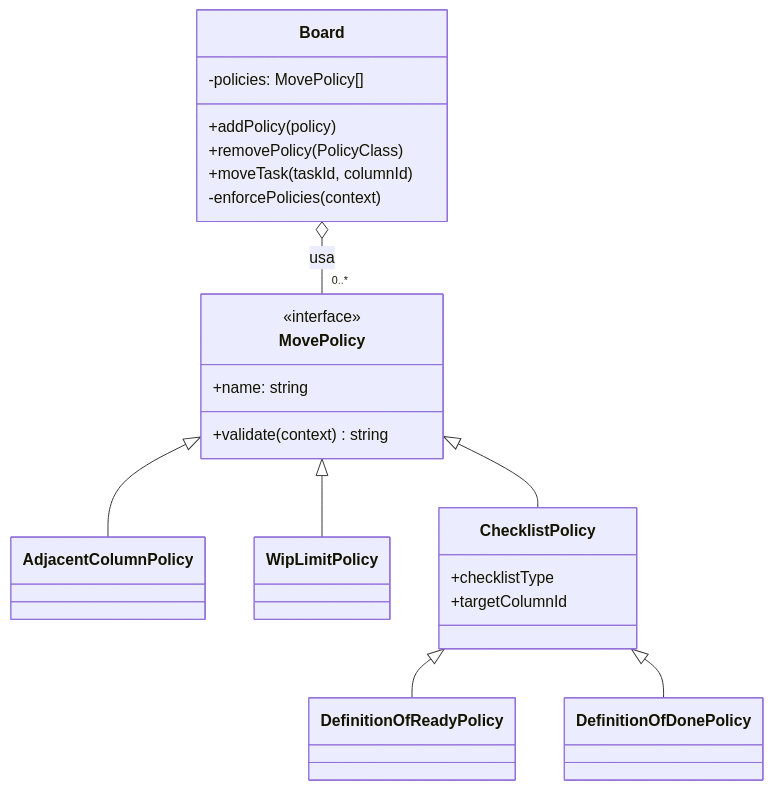
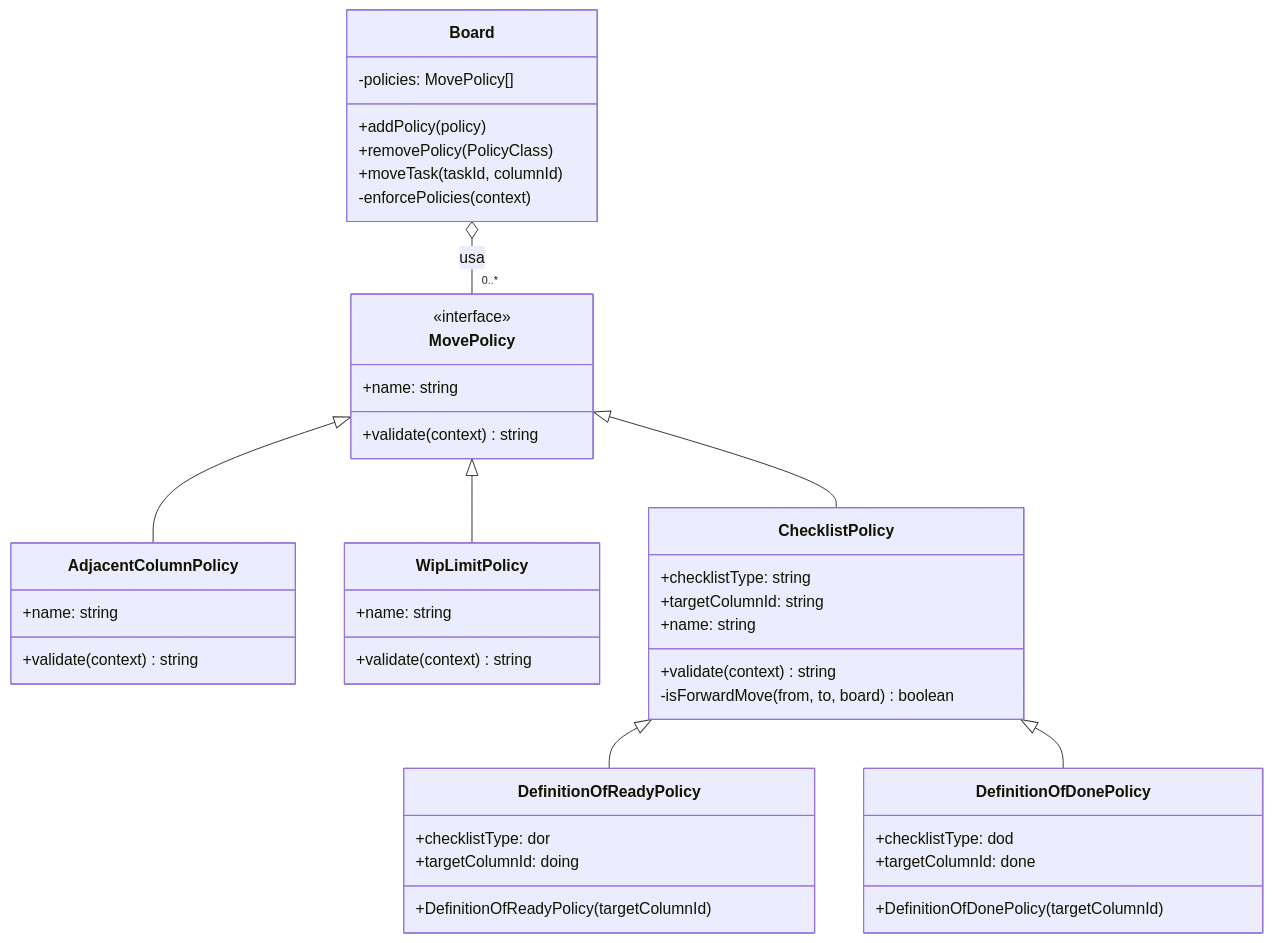
Before and after one commit to Andres-Quijano/Grupo6_Mini-tableroKanban: the diagram in docs/patrones/strategy.md, drawn with Mermaid. The commit also changed 1 other file, not shown here.

Commit message:
docs: completar atributos y métodos de todas las clases en los diagramas UML

````diff
--- a/docs/patrones/strategy.md
+++ b/docs/patrones/strategy.md
@@ -49,30 +49,47 @@
 ```mermaid
 classDiagram
     class Board {
         -policies: MovePolicy[]
         +addPolicy(policy)
         +removePolicy(PolicyClass)
         +moveTask(taskId, columnId)
         -enforcePolicies(context)
     }
     class MovePolicy {
         <<interface>>
         +name: string
         +validate(context) string
     }
-    class AdjacentColumnPolicy
-    class WipLimitPolicy
+    class AdjacentColumnPolicy {
+        +name: string
+        +validate(context) string
+    }
+    class WipLimitPolicy {
+        +name: string
+        +validate(context) string
+    }
     class ChecklistPolicy {
-        +checklistType
-        +targetColumnId
+        +checklistType: string
+        +targetColumnId: string
+        +name: string
+        +validate(context) string
+        -isForwardMove(from, to, board) boolean
     }
-    class DefinitionOfReadyPolicy
-    class DefinitionOfDonePolicy
+    class DefinitionOfReadyPolicy {
+        +checklistType: dor
+        +targetColumnId: doing
+        +DefinitionOfReadyPolicy(targetColumnId)
+    }
+    class DefinitionOfDonePolicy {
+        +checklistType: dod
+        +targetColumnId: done
+        +DefinitionOfDonePolicy(targetColumnId)
+    }
 
     Board o-- "0..*" MovePolicy : usa
     MovePolicy <|-- AdjacentColumnPolicy
     MovePolicy <|-- WipLimitPolicy
     MovePolicy <|-- ChecklistPolicy
     ChecklistPolicy <|-- DefinitionOfReadyPolicy
     ChecklistPolicy <|-- DefinitionOfDonePolicy
 ```
````
